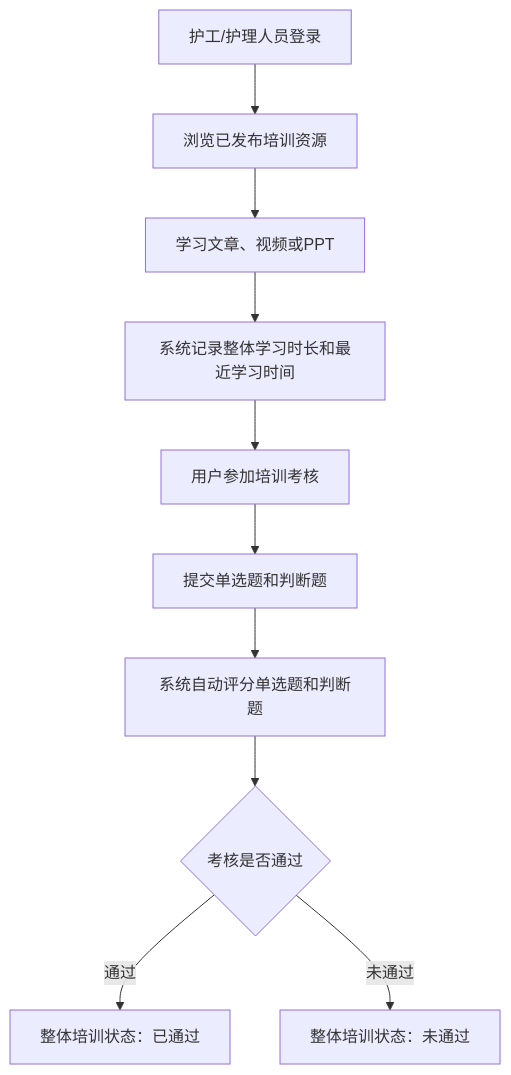
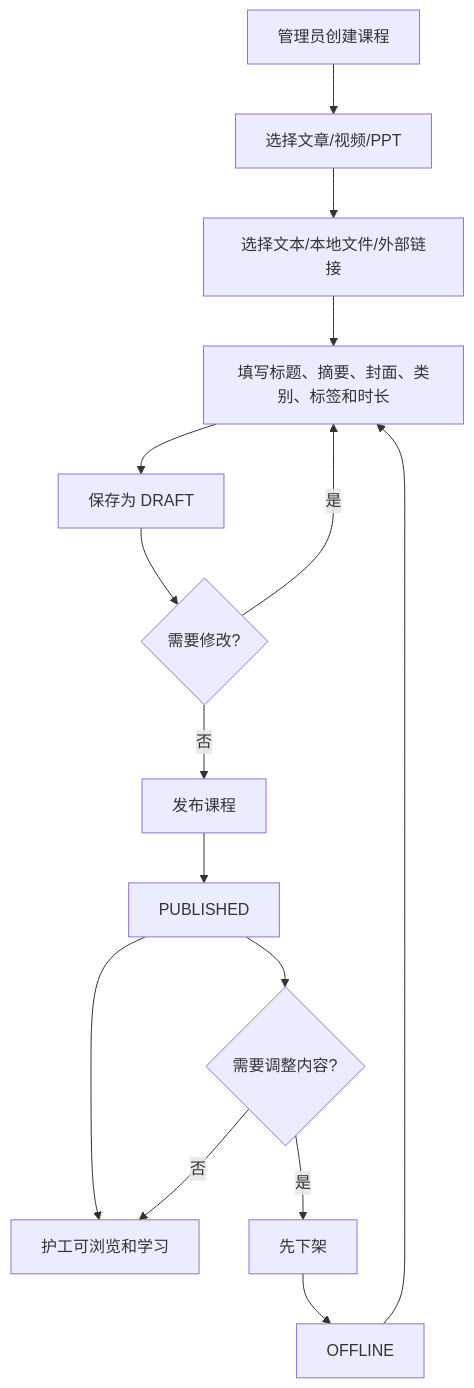
Before and after one commit to thesantaana/Care-Nexus: the second of 10 diagrams in docs/requirements/业务流程.md, drawn with Mermaid. The commit also changed other lines of this file, not shown here.

````diff
--- a/docs/requirements/业务流程.md
+++ b/docs/requirements/业务流程.md
@@ -120,12 +27,17 @@
 ```mermaid
 flowchart TD
-    A["护工/护理人员登录"] --> B["浏览已发布培训资源"]
-    B --> C["学习文章、视频或PPT"]
-    C --> D["系统记录整体学习时长和最近学习时间"]
-    D --> E["用户参加培训考核"]
-    E --> F["提交单选题和判断题"]
-    F --> G["系统自动评分单选题和判断题"]
-    G --> I{"考核是否通过"}
-    I -- "通过" --> J["整体培训状态：已通过"]
-    I -- "未通过" --> K["整体培训状态：未通过"]
+    A[管理员创建课程] --> B[选择文章/视频/PPT]
+    B --> C[选择文本/本地文件/外部链接]
+    C --> D[填写标题、摘要、封面、类别、标签和时长]
+    D --> E[保存为 DRAFT]
+    E --> F{需要修改?}
+    F -- 是 --> D
+    F -- 否 --> G[发布课程]
+    G --> H[PUBLISHED]
+    H --> I[护工可浏览和学习]
+    H --> J{需要调整内容?}
+    J -- 是 --> K[先下架]
+    K --> L[OFFLINE]
+    L --> D
+    J -- 否 --> I
 ```
````
